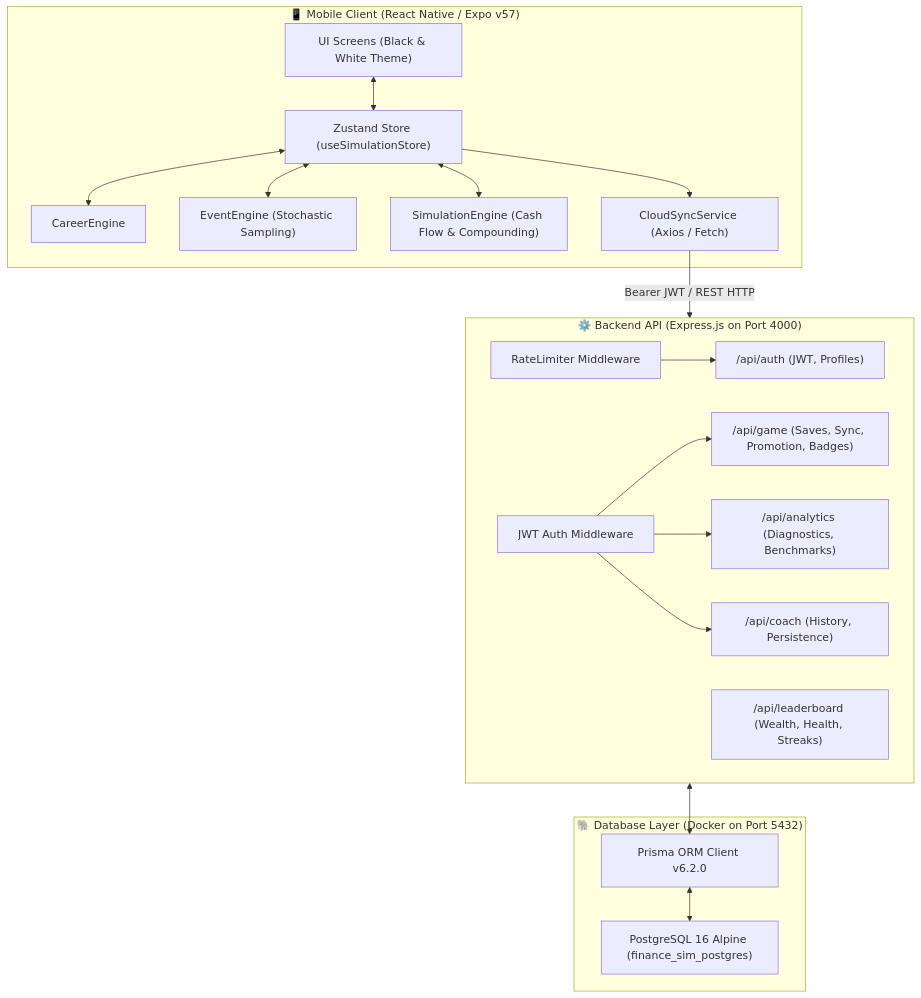
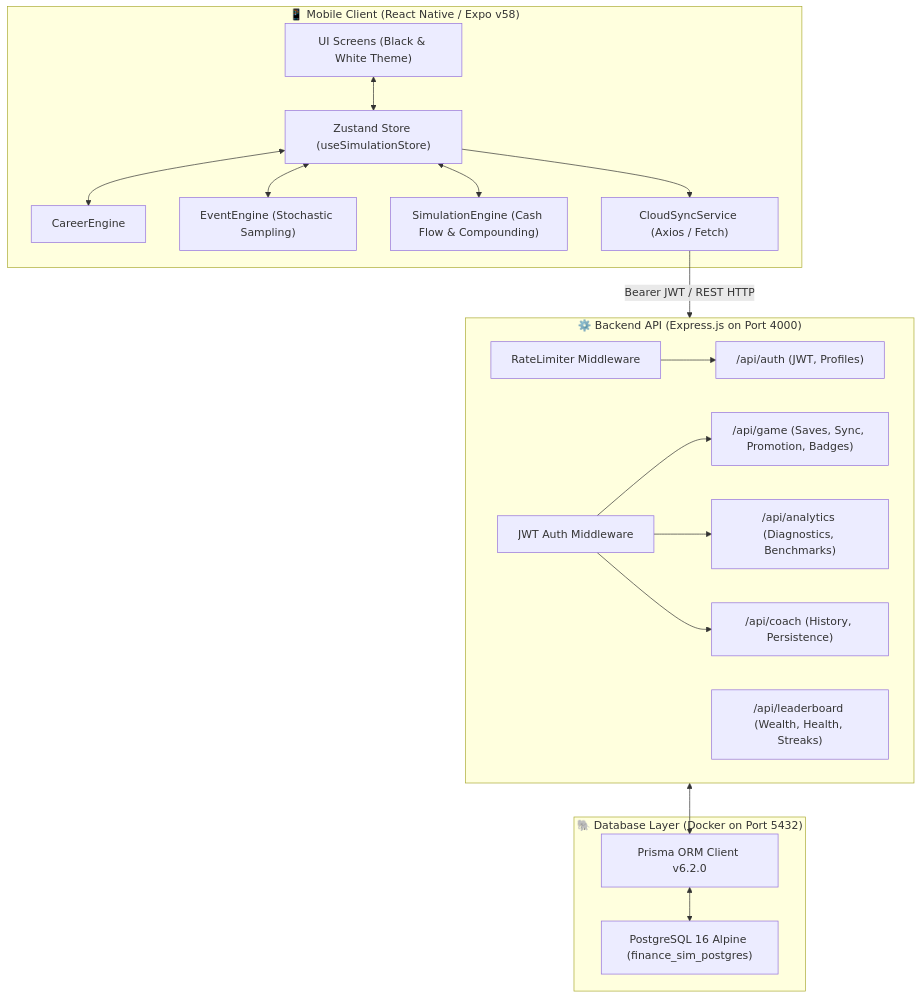
The diagram in COMPLETE_SYSTEM_GUIDE.md (vid0326/FinanceSimulator), drawn with Mermaid before and after one commit. The commit also changed 6 other files, not shown here.

Commit message:
chore: upgrade project to Expo SDK 58 and React Native 0.88

````diff
--- a/COMPLETE_SYSTEM_GUIDE.md
+++ b/COMPLETE_SYSTEM_GUIDE.md
@@ -33,42 +33,42 @@
 ```mermaid
 flowchart TD
-    subgraph MobileClient ["📱 Mobile Client (React Native / Expo v57)"]
+    subgraph MobileClient ["📱 Mobile Client (React Native / Expo v58)"]
         UI["UI Screens (Black & White Theme)"]
         ZStore["Zustand Store (useSimulationStore)"]
         CEngine["CareerEngine"]
         EEngine["EventEngine (Stochastic Sampling)"]
         SEngine["SimulationEngine (Cash Flow & Compounding)"]
         SyncService["CloudSyncService (Axios / Fetch)"]
 
         UI <--> ZStore
         ZStore <--> CEngine
         ZStore <--> EEngine
         ZStore <--> SEngine
         ZStore --> SyncService
     end
 
     subgraph BackendServer ["⚙️ Backend API (Express.js on Port 4000)"]
         RateLimit["RateLimiter Middleware"]
         AuthMiddleware["JWT Auth Middleware"]
         RouterAuth["/api/auth (JWT, Profiles)"]
         RouterGame["/api/game (Saves, Sync, Promotion, Badges)"]
         RouterAnalytics["/api/analytics (Diagnostics, Benchmarks)"]
         RouterLeaderboard["/api/leaderboard (Wealth, Health, Streaks)"]
         RouterCoach["/api/coach (History, Persistence)"]
 
         RateLimit --> RouterAuth
         AuthMiddleware --> RouterGame
         AuthMiddleware --> RouterAnalytics
         AuthMiddleware --> RouterCoach
     end
 
     subgraph DatabaseContainer ["🐘 Database Layer (Docker on Port 5432)"]
         PG["PostgreSQL 16 Alpine (finance_sim_postgres)"]
         Prisma["Prisma ORM Client v6.2.0"]
 
         Prisma <--> PG
     end
 
     SyncService -- "Bearer JWT / REST HTTP" --> BackendServer
     BackendServer <--> Prisma
 ```
````
